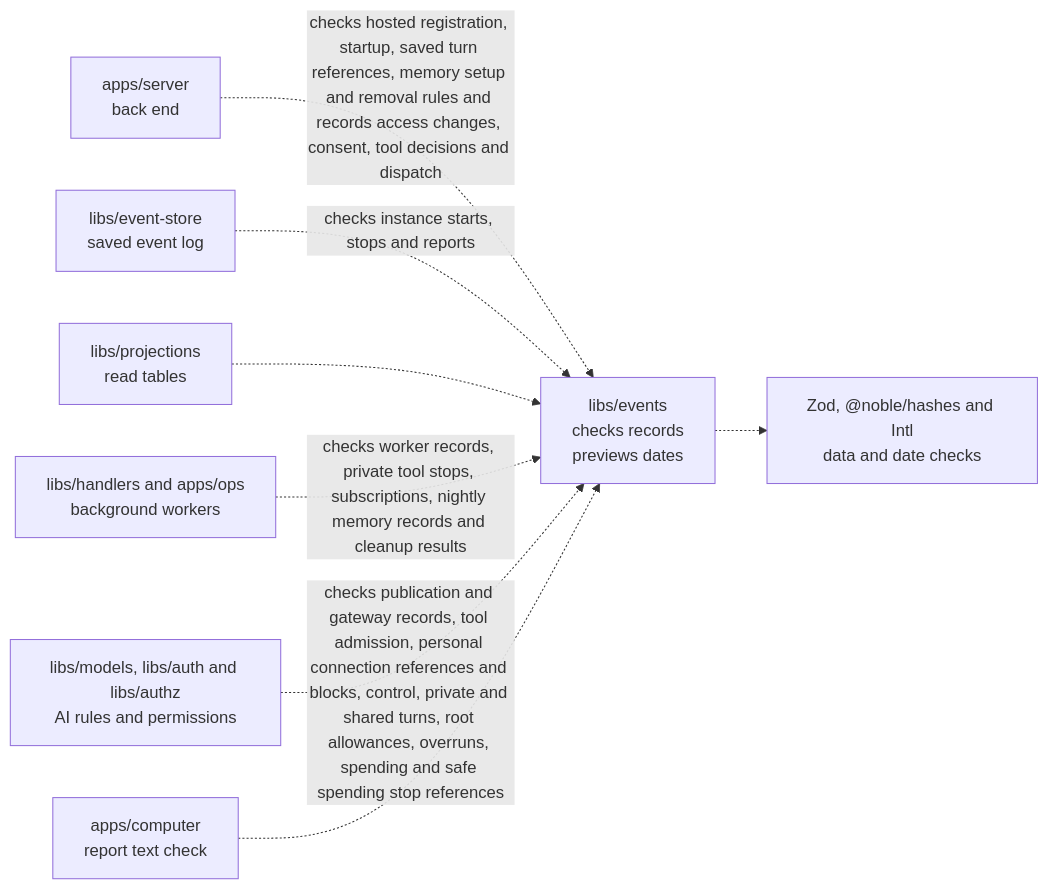
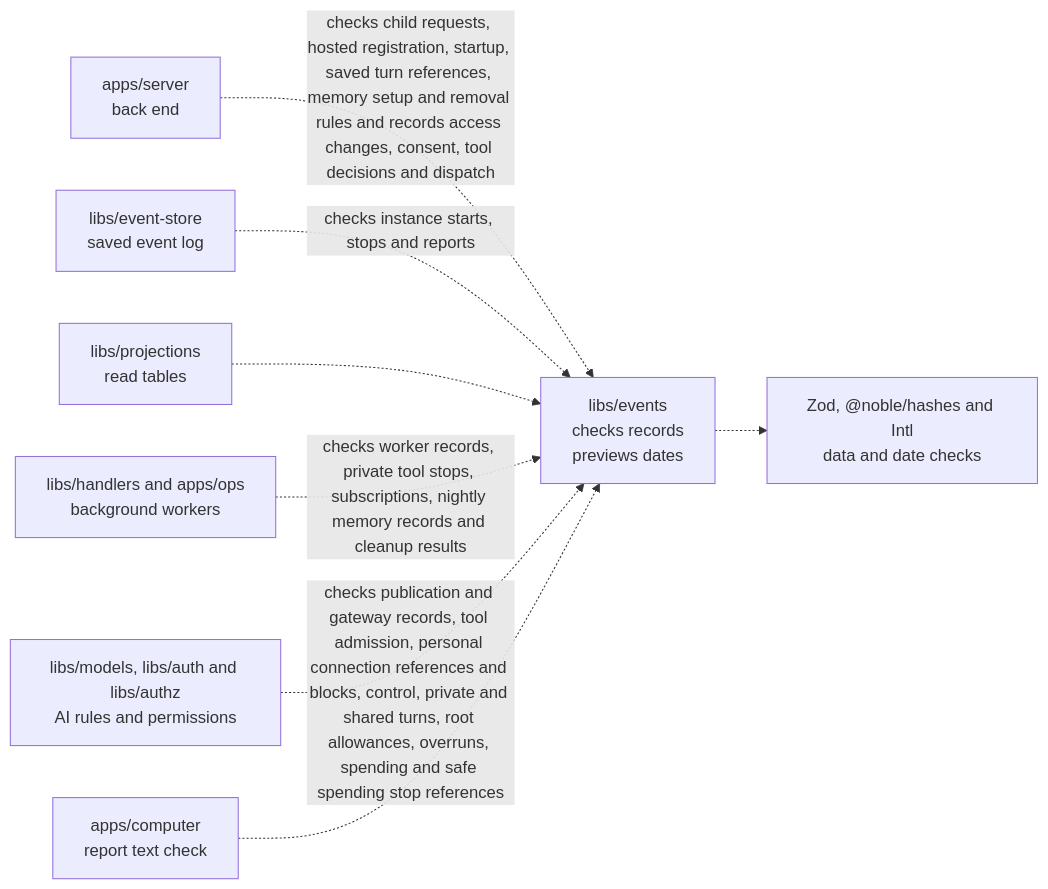
The diagram in libs/events/README.md (elewa-git/opencrane-new), drawn with Mermaid before and after one commit. The commit also changed other lines of this file and 15 other files, not shown here.

Commit message:
🧵 Review and record child requests before creating their chats

````diff
--- a/libs/events/README.md
+++ b/libs/events/README.md
@@ -27,10 +27,10 @@
 ```mermaid
 flowchart LR
-  server["apps/server<br/>back end"] -.->|checks hosted registration, startup, saved turn references, memory setup and removal rules and records access changes, consent, tool decisions and dispatch| events["libs/events<br/>checks records<br/>previews dates"]
+  server["apps/server<br/>back end"] -.->|checks child requests, hosted registration, startup, saved turn references, memory setup and removal rules and records access changes, consent, tool decisions and dispatch| events["libs/events<br/>checks records<br/>previews dates"]
   store["libs/event-store<br/>saved event log"] -.->|checks instance starts, stops and reports| events
   projections["libs/projections<br/>read tables"] -.-> events
   workers["libs/handlers and apps/ops<br/>background workers"] -.->|checks worker records, private tool stops, subscriptions, nightly memory records and cleanup results| events
   others["libs/models, libs/auth and libs/authz<br/>AI rules and permissions"] -.->|checks publication and gateway records, tool admission, personal connection references and blocks, control, private and shared turns, root allowances, overruns, spending and safe spending stop references| events
   computer["apps/computer<br/>report text check"] -.-> events
   events -.-> checks["Zod, @noble/hashes and Intl<br/>data and date checks"]
 ```
````
